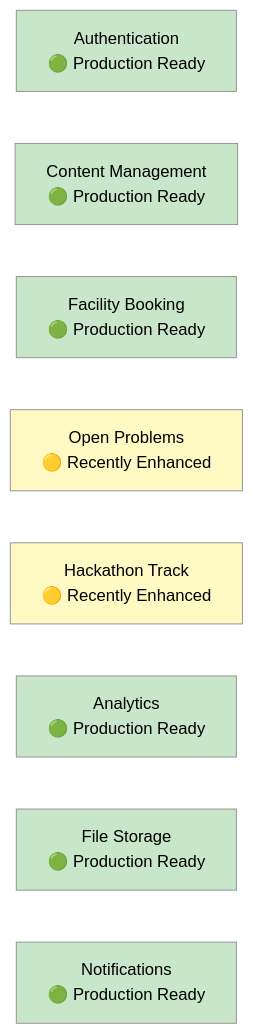
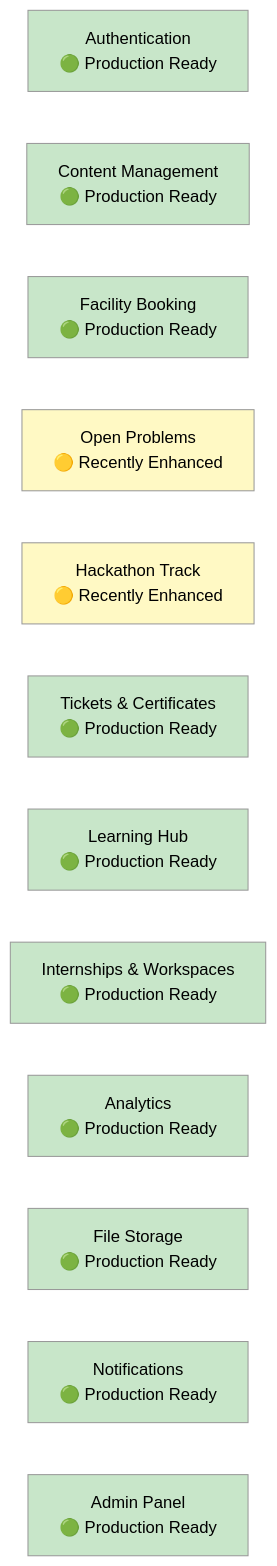
Before and after one commit to Newer1107/CoE-Main: diagram 35 of 36 in README.md, drawn with Mermaid (neutral theme). The commit also changed other lines of this file and 35 other files, not shown here.

````diff
--- a/README.md
+++ b/README.md
@@ -2069,20 +2243,28 @@
 ```mermaid
 graph LR
   AUTH["Authentication<br/>🟢 Production Ready"]
   CONTENT["Content Management<br/>🟢 Production Ready"]
   BOOKING["Facility Booking<br/>🟢 Production Ready"]
   OPENPROB["Open Problems<br/>🟡 Recently Enhanced"]
   HACKATHON["Hackathon Track<br/>🟡 Recently Enhanced"]
+  TICKETS["Tickets & Certificates<br/>🟢 Production Ready"]
+  LEARNING["Learning Hub<br/>🟢 Production Ready"]
+  INTERNSHIPS["Internships & Workspaces<br/>🟢 Production Ready"]
   ANALYTICS["Analytics<br/>🟢 Production Ready"]
   STORAGE["File Storage<br/>🟢 Production Ready"]
   NOTIFICATIONS["Notifications<br/>🟢 Production Ready"]
+  ADMIN["Admin Panel<br/>🟢 Production Ready"]
 
   style AUTH fill:#c8e6c9
   style CONTENT fill:#c8e6c9
   style BOOKING fill:#c8e6c9
   style OPENPROB fill:#fff9c4
   style HACKATHON fill:#fff9c4
+  style TICKETS fill:#c8e6c9
+  style LEARNING fill:#c8e6c9
+  style INTERNSHIPS fill:#c8e6c9
   style ANALYTICS fill:#c8e6c9
   style STORAGE fill:#c8e6c9
   style NOTIFICATIONS fill:#c8e6c9
+  style ADMIN fill:#c8e6c9
 ```
````
